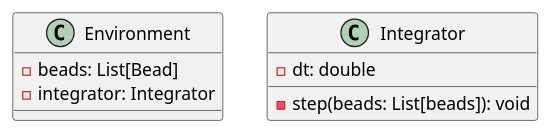
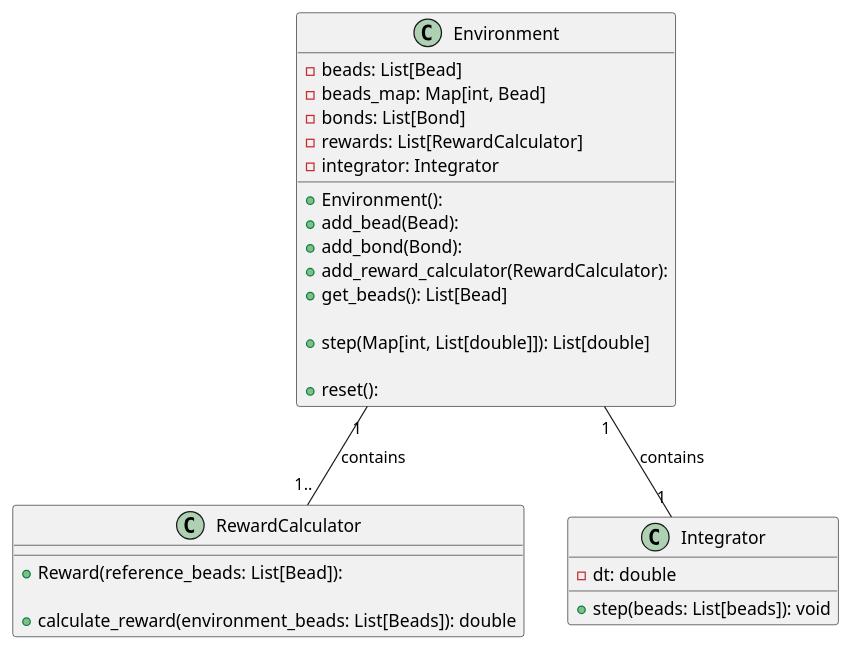
One commit to MTDzi/bead_gym changed the second of 3 diagrams in README.md. Above: the diagram before and after it, drawn with PlantUML. The commit also changed other lines of this file and 2 other files, not shown here.

````diff
--- a/README.md
+++ b/README.md
@@ -91,15 +81,38 @@
 ```plantuml
 @startuml
 
 class Environment {
+    + Environment(): 
+
     - beads: List[Bead]
+    - beads_map: Map[int, Bead]
+    - bonds: List[Bond]
+    - rewards: List[RewardCalculator]
     - integrator: Integrator
+
+    + add_bead(Bead):
+    + add_bond(Bond):
+    + add_reward_calculator(RewardCalculator):
+    + get_beads(): List[Bead]
+
+    + step(Map[int, List[double]]): List[double]
+
+    + reset(): 
+}
+
+class RewardCalculator {
+    + Reward(reference_beads: List[Bead]):
+
+    + calculate_reward(environment_beads: List[Beads]): double
 }
 
 class Integrator {
     - dt: double
-    - step(beads: List[beads]): void
+    + step(beads: List[beads]): void
 }
+
+Environment "1" -- "1.." RewardCalculator: contains
+Environment "1" -- "1" Integrator: contains
 
 @enduml
 ```
````
